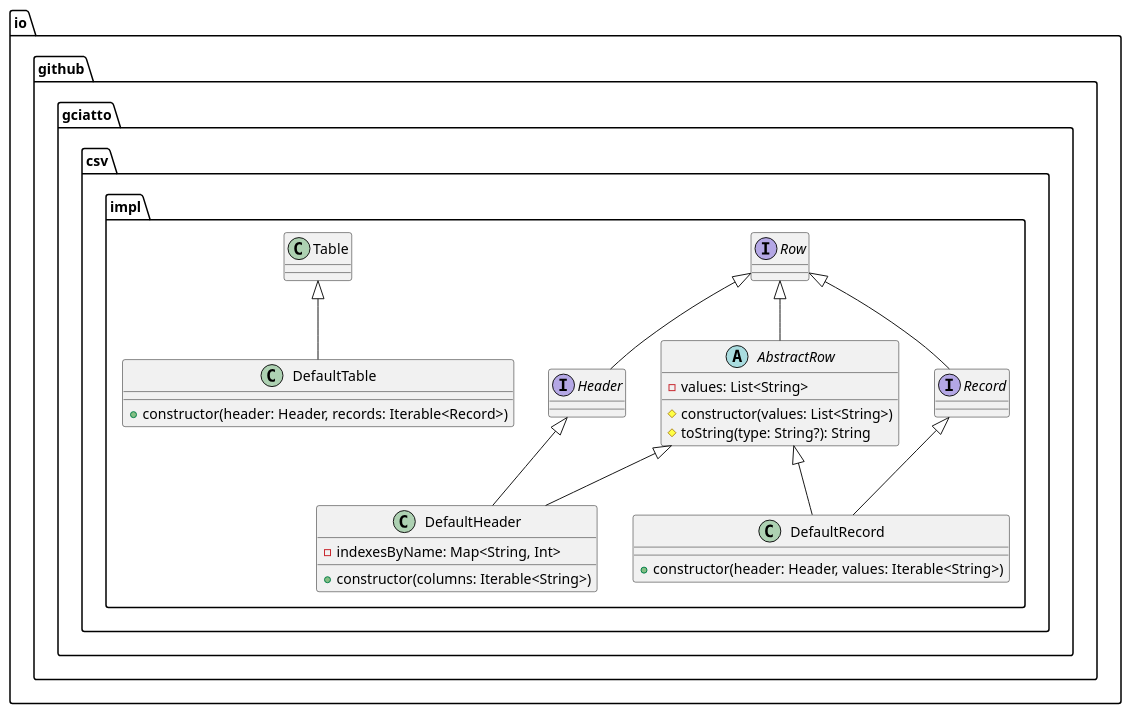
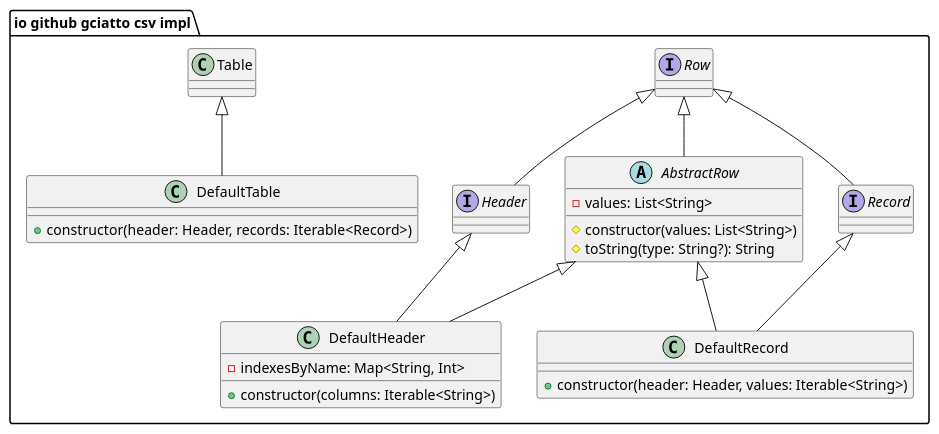
The second of 5 diagrams in content/02-WOBA/_index.md (gciatto/mpp4rs-slides), drawn with PlantUML before and after one commit. The commit also changed other lines of this file and 2 other files, not shown here.

Commit message:
fix: plantuml support

```diff
--- a/content/02-WOBA/_index.md
+++ b/content/02-WOBA/_index.md
@@ -641,43 +640,42 @@
-@startuml
-skinparam monochrome false
+{{% plantuml %}}
 top to bottom direction
 
-package "io.github.gciatto.csv.**impl**" {
+package "io github gciatto csv **impl**" {
     interface Row
 
     abstract class AbstractRow {
         - values: List<String>
         # constructor(values: List<String>)
         # toString(type: String?): String
     }
 
-    Row <|-- AbstractRow
+    Row <|-d- AbstractRow
 
     interface Header
 
     class DefaultHeader {
         - indexesByName: Map<String, Int>
         + constructor(columns: Iterable<String>)
     }
 
-    Row <|-- Header
-    Header <|-- DefaultHeader
-    AbstractRow <|-- DefaultHeader
+    Row <|-d- Header
+    Header <|-d- DefaultHeader
+    AbstractRow <|-d- DefaultHeader
 
     interface Record
 
     class DefaultRecord {
         + constructor(header: Header, values: Iterable<String>)
     }
 
-    Row <|-- Record
+    Row <|-d- Record
     Record <|-- DefaultRecord
-    AbstractRow <|-- DefaultRecord
+    AbstractRow <|-d- DefaultRecord
 
     class DefaultTable {
         + constructor(header: Header, records: Iterable<Record>)
     }
 
     Table <|-- DefaultTable
 }
-@enduml
+{{% /plantuml %}}
```
